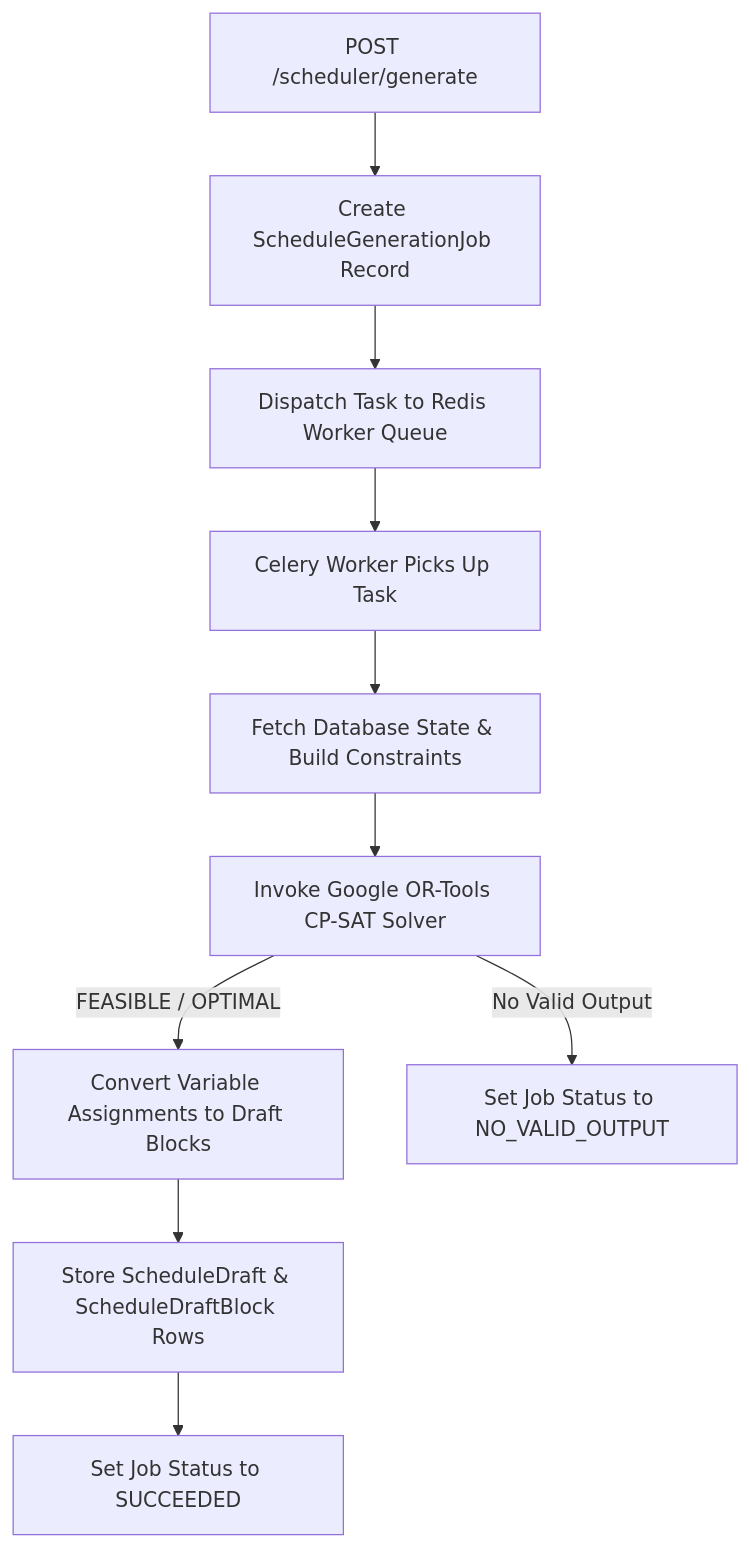
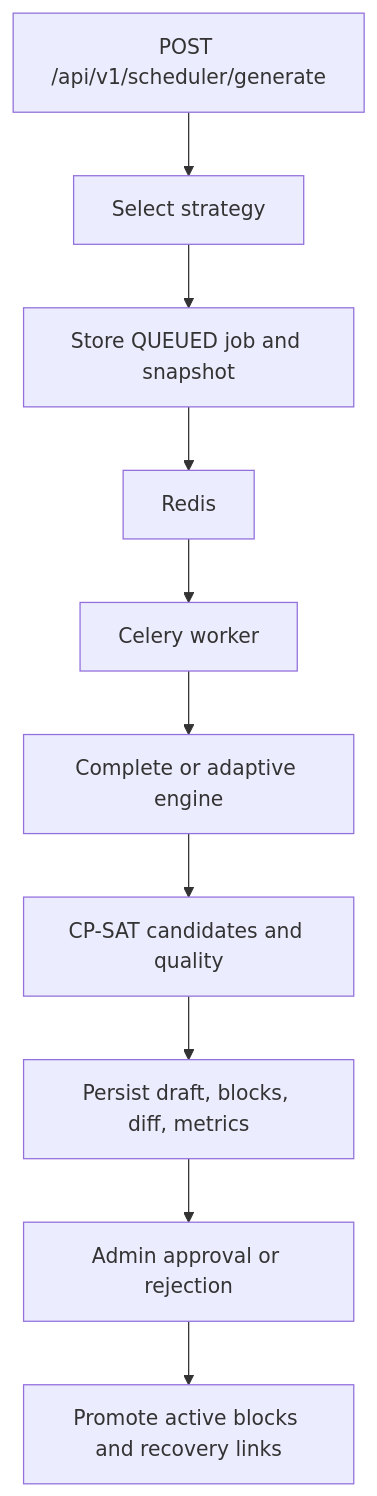
The diagram in documentation/03_scheduler_engine/SCHEDULER_ARCHITECTURE.md (ORIOP25/Cronos), drawn with Mermaid before and after one commit. The commit also changed other lines of this file and 41 other files, not shown here.

````diff
--- a/documentation/03_scheduler_engine/SCHEDULER_ARCHITECTURE.md
+++ b/documentation/03_scheduler_engine/SCHEDULER_ARCHITECTURE.md
@@ -17,12 +41,12 @@
 ```mermaid
 flowchart TD
-    A[POST /scheduler/generate] --> B[Create ScheduleGenerationJob Record]
-    B --> C[Dispatch Task to Redis Worker Queue]
-    C --> D[Celery Worker Picks Up Task]
-    D --> E[Fetch Database State & Build Constraints]
-    E --> F[Invoke Google OR-Tools CP-SAT Solver]
-    F -->|FEASIBLE / OPTIMAL| G[Convert Variable Assignments to Draft Blocks]
-    F -->|No Valid Output| H[Set Job Status to NO_VALID_OUTPUT]
-    G --> I[Store ScheduleDraft & ScheduleDraftBlock Rows]
-    I --> J[Set Job Status to SUCCEEDED]
+    Request[POST /api/v1/scheduler/generate] --> Select[Select strategy]
+    Select --> Job[Store QUEUED job and snapshot]
+    Job --> Queue[Redis]
+    Queue --> Worker[Celery worker]
+    Worker --> Engine[Complete or adaptive engine]
+    Engine --> CPSAT[CP-SAT candidates and quality]
+    CPSAT --> Draft[Persist draft, blocks, diff, metrics]
+    Draft --> Approval[Admin approval or rejection]
+    Approval --> Active[Promote active blocks and recovery links]
 ```
````
